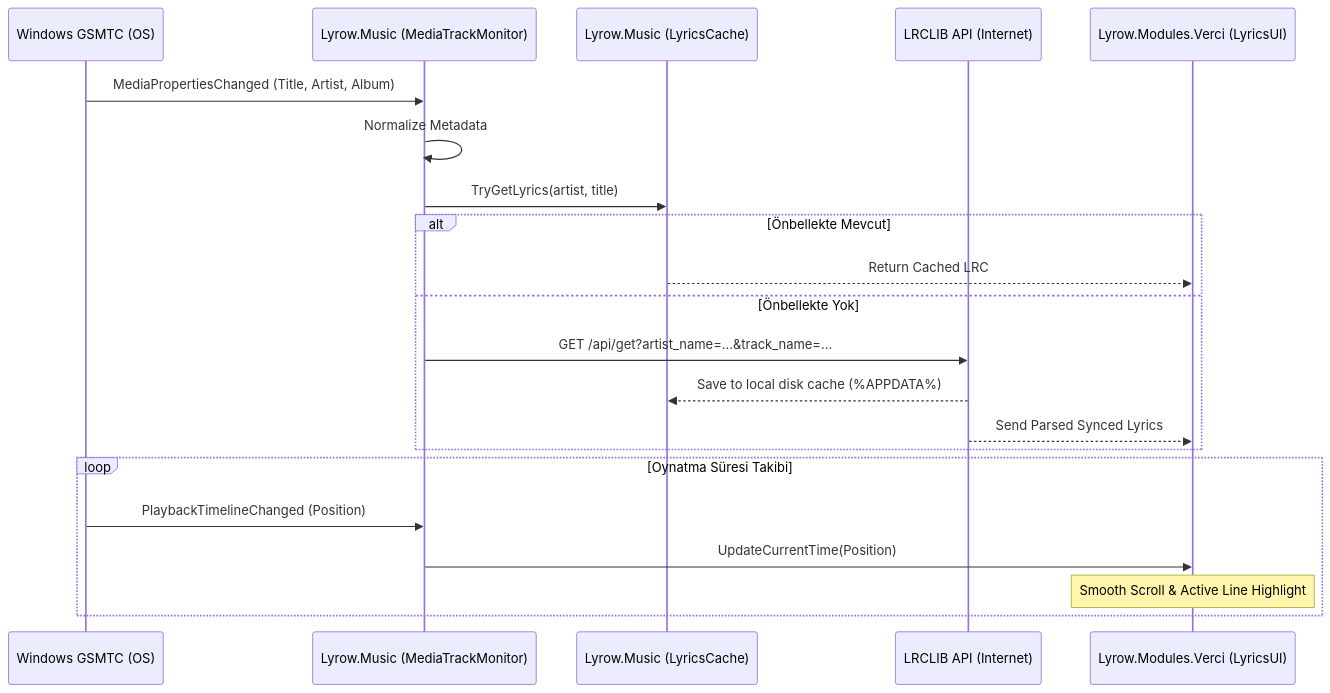
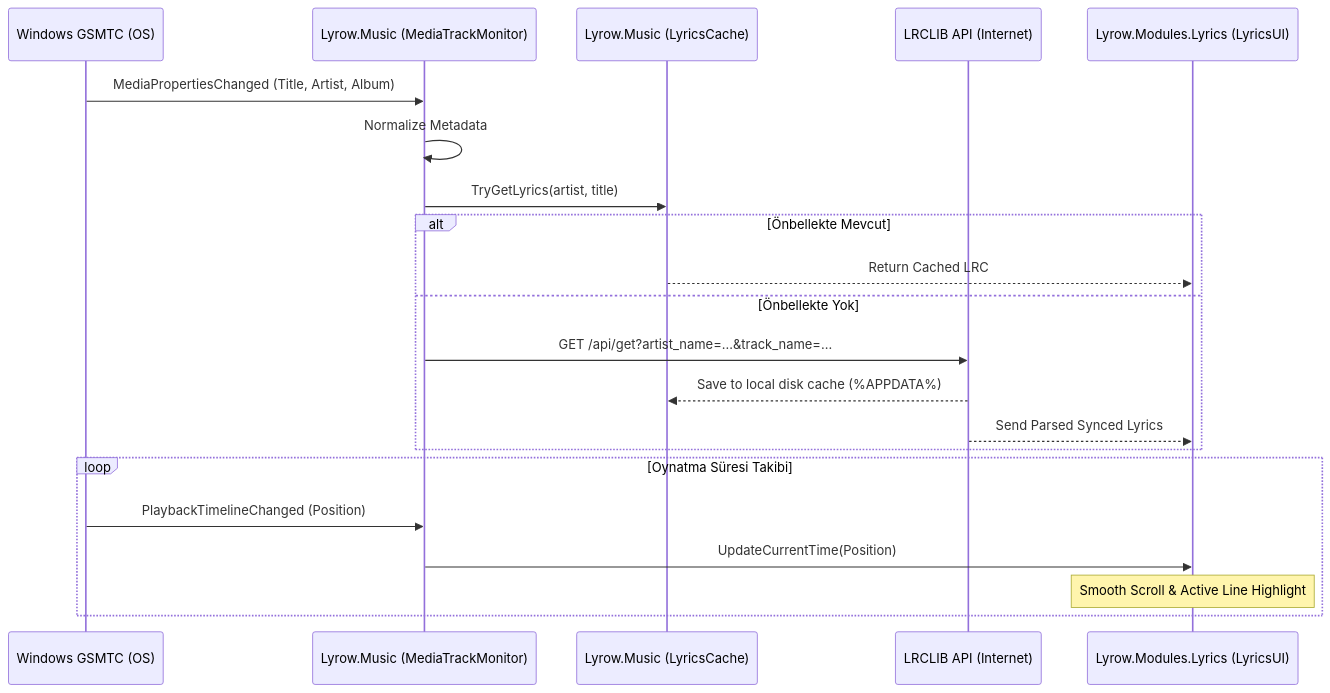
Before and after one commit to owergungor/Lyrow: the third of 3 diagrams in docs/ARCHITECTURE.md, drawn with Mermaid. The commit also changed other lines of this file and 59 other files, not shown here.

````diff
--- a/docs/ARCHITECTURE.md
+++ b/docs/ARCHITECTURE.md
@@ -156,24 +156,24 @@
 ```mermaid
 sequenceDiagram
     participant GSMTC as Windows GSMTC (OS)
     participant Monitor as Lyrow.Music (MediaTrackMonitor)
     participant Cache as Lyrow.Music (LyricsCache)
     participant LRCLIB as LRCLIB API (Internet)
-    participant Verci as Lyrow.Modules.Verci (LyricsUI)
+    participant Lyrics as Lyrow.Modules.Lyrics (LyricsUI)
 
     GSMTC->>Monitor: MediaPropertiesChanged (Title, Artist, Album)
     Monitor->>Monitor: Normalize Metadata
     Monitor->>Cache: TryGetLyrics(artist, title)
     alt Önbellekte Mevcut
-        Cache-->>Verci: Return Cached LRC
+        Cache-->>Lyrics: Return Cached LRC
     else Önbellekte Yok
         Monitor->>LRCLIB: GET /api/get?artist_name=...&track_name=...
         LRCLIB-->>Cache: Save to local disk cache (%APPDATA%)
-        LRCLIB-->>Verci: Send Parsed Synced Lyrics
+        LRCLIB-->>Lyrics: Send Parsed Synced Lyrics
     end
     loop Oynatma Süresi Takibi
         GSMTC->>Monitor: PlaybackTimelineChanged (Position)
-        Monitor->>Verci: UpdateCurrentTime(Position)
-        Note over Verci: Smooth Scroll & Active Line Highlight
+        Monitor->>Lyrics: UpdateCurrentTime(Position)
+        Note over Lyrics: Smooth Scroll & Active Line Highlight
     end
 ```
````
